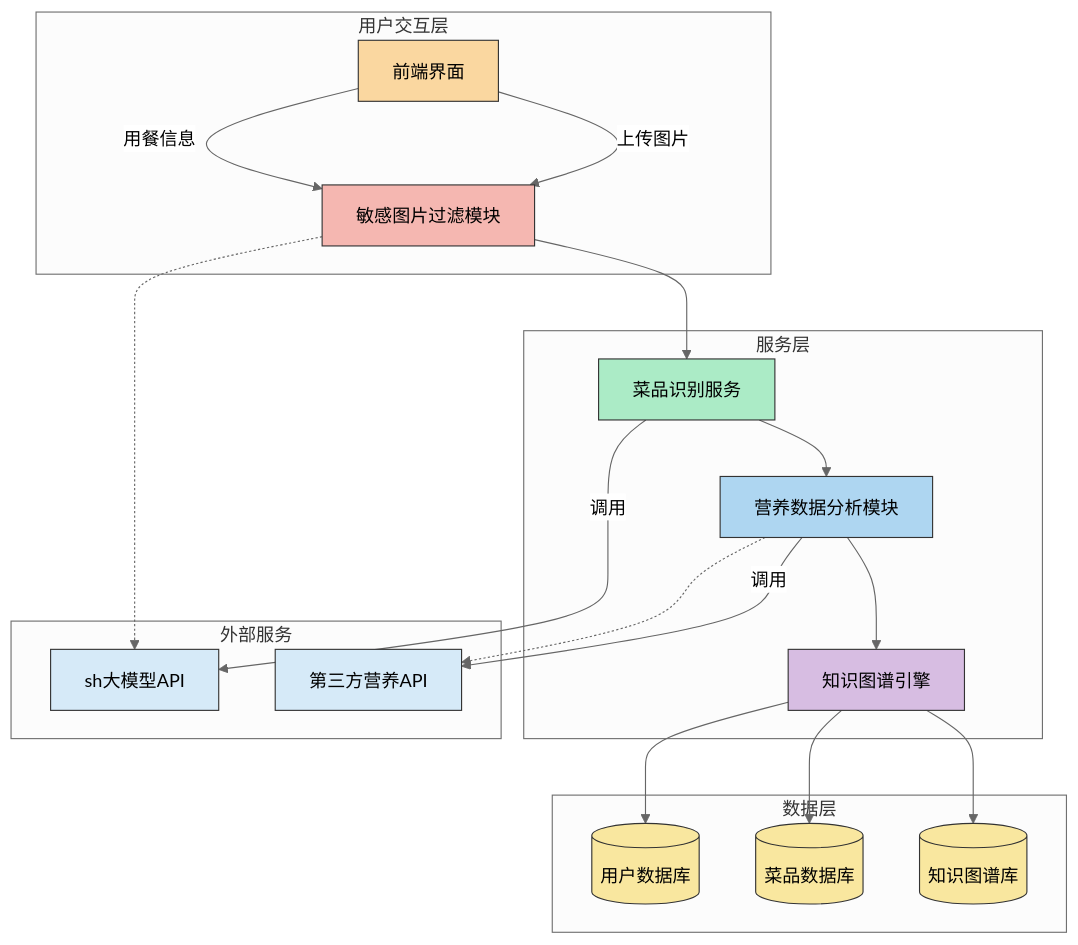
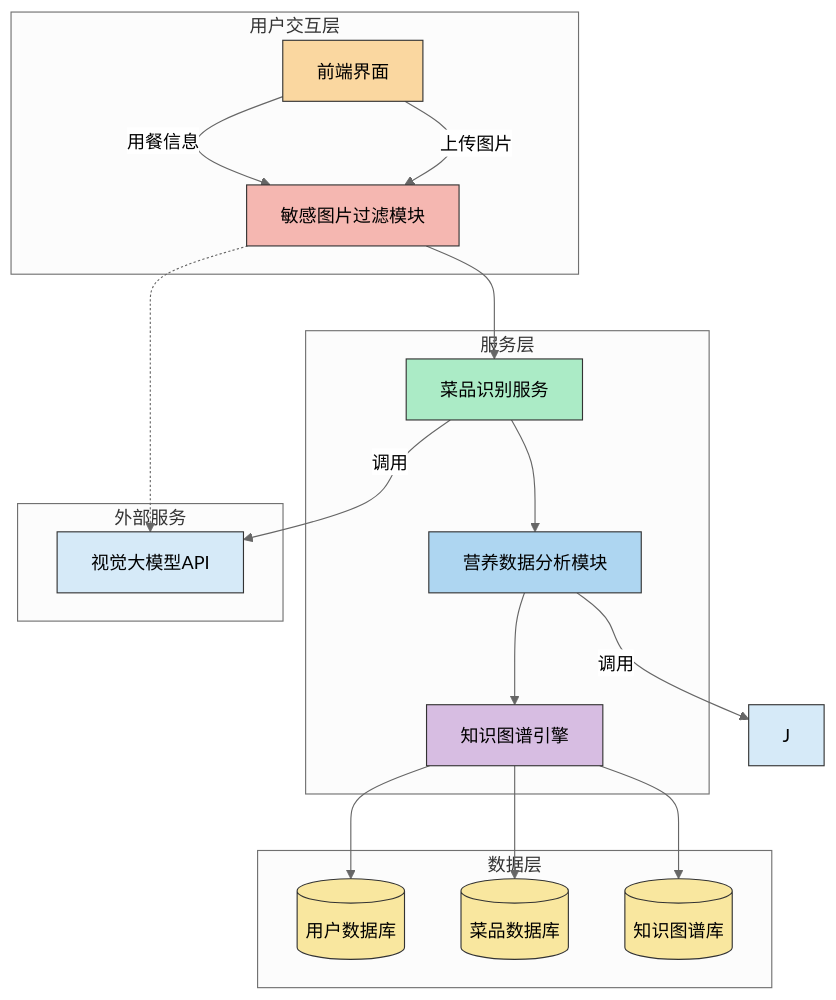
One commit to funnyData/iodraw-files changed the diagram in all/未命名-1.md. Above: the diagram before and after it, drawn with Mermaid (neutral theme).

Commit message:
2025-03-19 16:50:27 update

````diff
--- a/all/未命名-1.md
+++ b/all/未命名-1.md
@@ -1,39 +1,39 @@
 ```mermaid
 %% 系统架构图（基于网页1/3/4/6的流程图语法优化）
 flowchart TD
     subgraph 用户交互层
         A[前端界面] -->|用餐信息| B[敏感图片过滤模块]
         style A fill:#FAD7A0,stroke:#333
         style B fill:#F5B7B1,stroke:#333
     end
 
     subgraph 服务层
         B --> C[菜品识别服务]
         C --> D[营养数据分析模块]
         D --> E[知识图谱引擎]
         style C fill:#ABEBC6,stroke:#333
         style D fill:#AED6F1,stroke:#333
         style E fill:#D7BDE2,stroke:#333
     end
 
     subgraph 数据层
         E --> F[(用户数据库)]
         E --> G[(菜品数据库)]
         E --> H[(知识图谱库)]
         style F fill:#F9E79F,stroke:#333,shape:cylinder
         style G fill:#F9E79F,stroke:#333,shape:cylinder
         style H fill:#F9E79F,stroke:#333,shape:cylinder
     end
 
     subgraph 外部服务
-        B -.-> I[sh大模型API]
-        D -.-> J[第三方营养API]
+        B -.-> I[视觉大模型API]
+ 
         style I fill:#D6EAF8,stroke:#333
         style J fill:#D6EAF8,stroke:#333
     end
 
 
     A -->|上传图片| B
     C -->|调用| I
     D -->|调用| J
 ```
````
